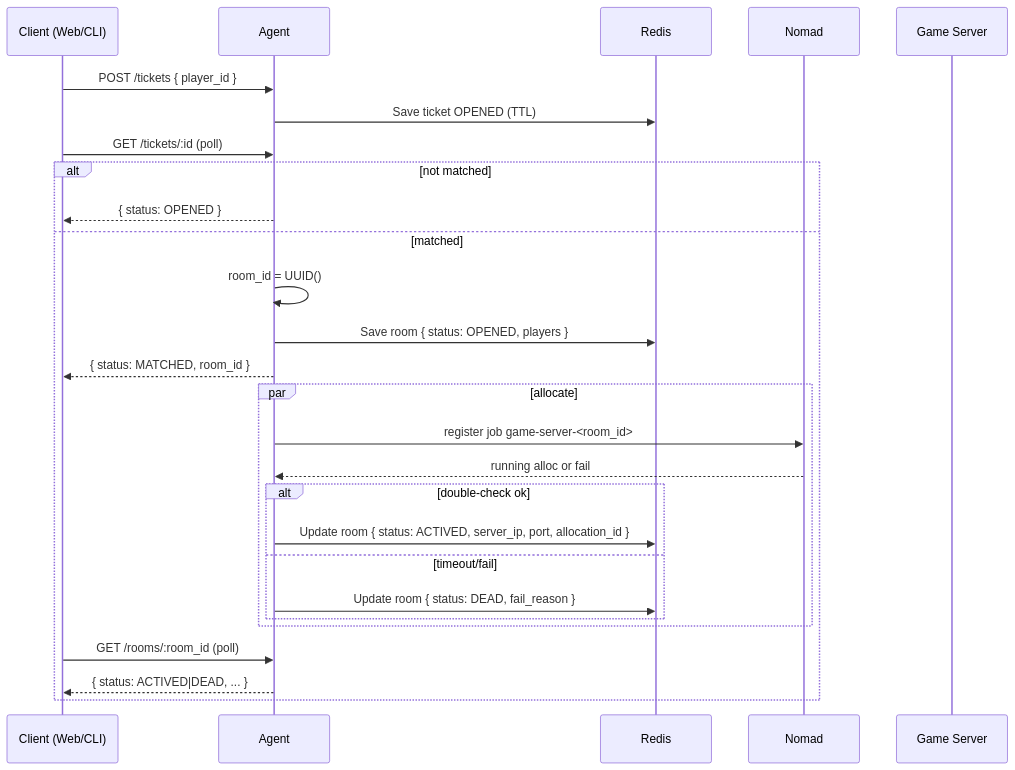
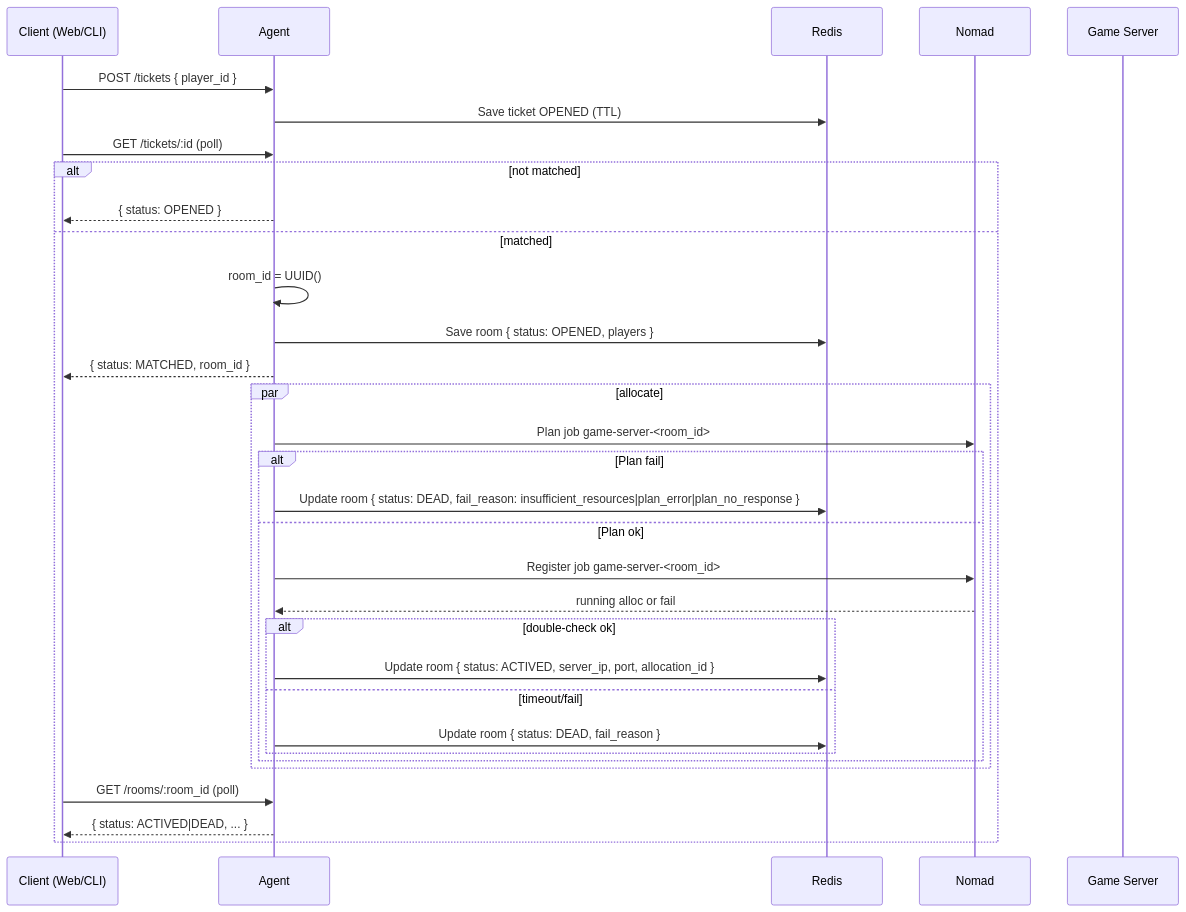
One commit to ecraftagency/hive changed the second of 4 diagrams in docs/arch.md. Above: the diagram before and after it, drawn with Mermaid. The commit also changed other lines of this file and 6 other files, not shown here.

````diff
--- a/docs/arch.md
+++ b/docs/arch.md
@@ -71,30 +71,35 @@
 ```mermaid
 sequenceDiagram
   participant C as Client (Web/CLI)
   participant A as Agent
   participant R as Redis
   participant N as Nomad
   participant S as Game Server
 
   C->>A: POST /tickets { player_id }
   A->>R: Save ticket OPENED (TTL)
   C->>A: GET /tickets/:id (poll)
   alt not matched
     A-->>C: { status: OPENED }
   else matched
     A->>A: room_id = UUID()
     A->>R: Save room { status: OPENED, players }
     A-->>C: { status: MATCHED, room_id }
     par allocate
-      A->>N: register job game-server-<room_id>
-      N-->>A: running alloc or fail
-      alt double-check ok
-        A->>R: Update room { status: ACTIVED, server_ip, port, allocation_id }
-      else timeout/fail
-        A->>R: Update room { status: DEAD, fail_reason }
+      A->>N: Plan job game-server-<room_id>
+      alt Plan fail
+        A->>R: Update room { status: DEAD, fail_reason: insufficient_resources|plan_error|plan_no_response }
+      else Plan ok
+        A->>N: Register job game-server-<room_id>
+        N-->>A: running alloc or fail
+        alt double-check ok
+          A->>R: Update room { status: ACTIVED, server_ip, port, allocation_id }
+        else timeout/fail
+          A->>R: Update room { status: DEAD, fail_reason }
+        end
       end
     end
     C->>A: GET /rooms/:room_id (poll)
     A-->>C: { status: ACTIVED|DEAD, ... }
   end
 ```
````
